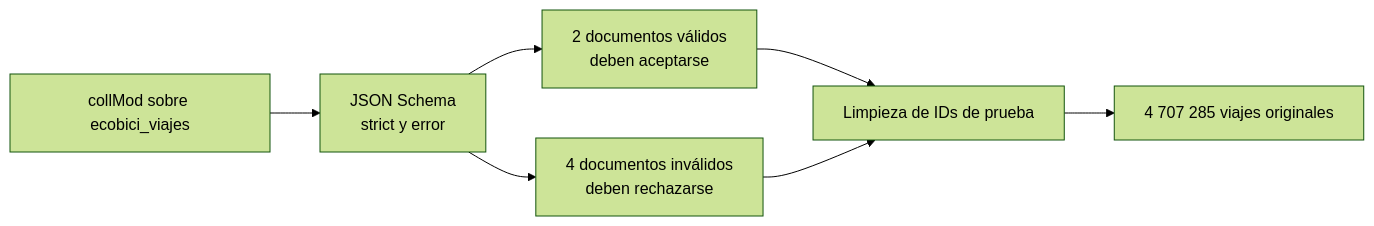
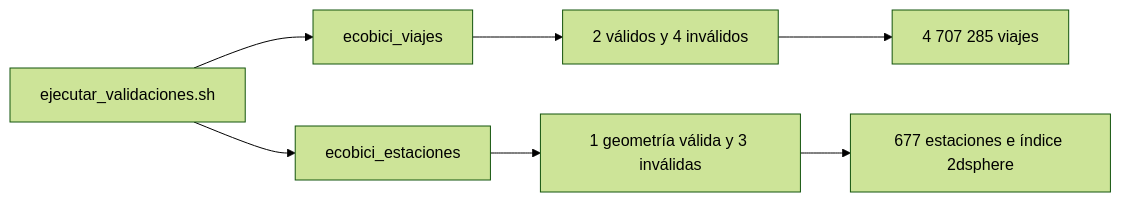
Before and after one commit to fwgalde/ecobici-nosql: the fourth of 4 diagrams in README.md, drawn with Mermaid (forest theme). The commit also changed other lines of this file and 4 other files, not shown here.

````diff
--- a/README.md
+++ b/README.md
@@ -251,9 +260,9 @@
 ```mermaid
 flowchart LR
-    A[collMod sobre ecobici_viajes] --> B[JSON Schema<br/>strict y error]
-    B --> C[2 documentos válidos<br/>deben aceptarse]
-    B --> D[4 documentos inválidos<br/>deben rechazarse]
-    C --> E[Limpieza de IDs de prueba]
-    D --> E
-    E --> F[4 707 285 viajes originales]
+    A[ejecutar_validaciones.sh] --> V[ecobici_viajes]
+    A --> G[ecobici_estaciones]
+    V --> V1[2 válidos y 4 inválidos]
+    G --> G1[1 geometría válida y 3 inválidas]
+    V1 --> R1[4 707 285 viajes]
+    G1 --> R2[677 estaciones e índice 2dsphere]
 ```
````
